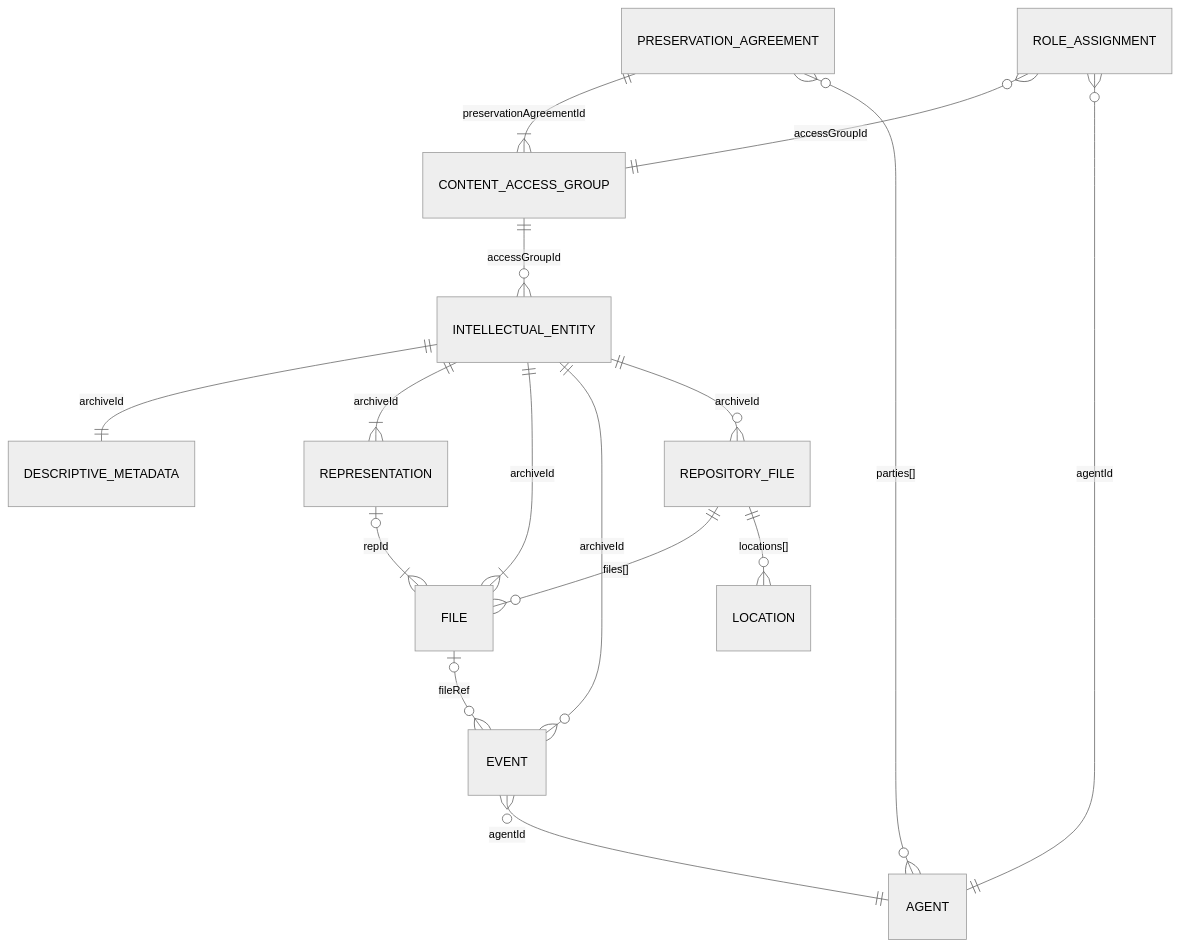
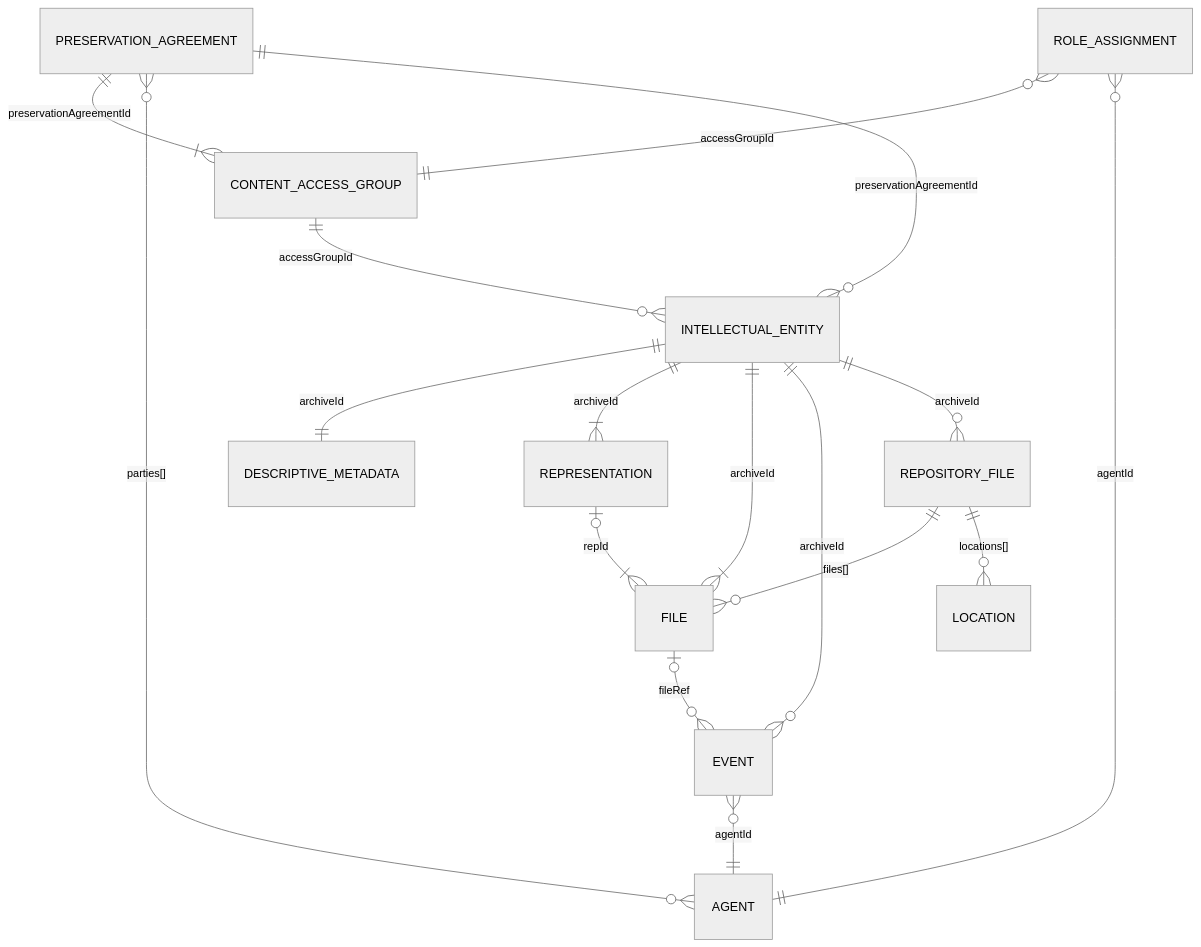
Before and after one commit to NationalLibraryOfNorway/digitalpreservation-blog.nb.no: the first of 2 diagrams in content/docs/dps/data-model/_index.md, drawn with Mermaid (neutral theme). The commit also changed other lines of this file and 1 other file, not shown here.

Commit message:
add denormalized preservationAgreementId to IE; specify two-link PREMIS export (CAG + PA)

````diff
--- a/content/docs/dps/data-model/_index.md
+++ b/content/docs/dps/data-model/_index.md
@@ -18,18 +18,19 @@
 ```mermaid
 erDiagram
     PRESERVATION_AGREEMENT ||--|{ CONTENT_ACCESS_GROUP : "preservationAgreementId"
     PRESERVATION_AGREEMENT }o--o{ AGENT : "parties[]"
+    PRESERVATION_AGREEMENT ||--o{ INTELLECTUAL_ENTITY : "preservationAgreementId"
     CONTENT_ACCESS_GROUP ||--o{ INTELLECTUAL_ENTITY : "accessGroupId"
     ROLE_ASSIGNMENT }o--|| CONTENT_ACCESS_GROUP : "accessGroupId"
     ROLE_ASSIGNMENT }o--|| AGENT : "agentId"
     INTELLECTUAL_ENTITY ||--|| DESCRIPTIVE_METADATA : "archiveId"
     INTELLECTUAL_ENTITY ||--|{ REPRESENTATION : "archiveId"
     REPRESENTATION |o--}| FILE : "repId"
     INTELLECTUAL_ENTITY ||--}| FILE : "archiveId"
     INTELLECTUAL_ENTITY ||--o{ EVENT : "archiveId"
     FILE |o--o{ EVENT : "fileRef"
     EVENT }o--|| AGENT : "agentId"
     INTELLECTUAL_ENTITY ||--o{ REPOSITORY_FILE : "archiveId"
     REPOSITORY_FILE ||--o{ FILE : "files[]"
     REPOSITORY_FILE ||--o{ LOCATION : "locations[]"
 ```
````
